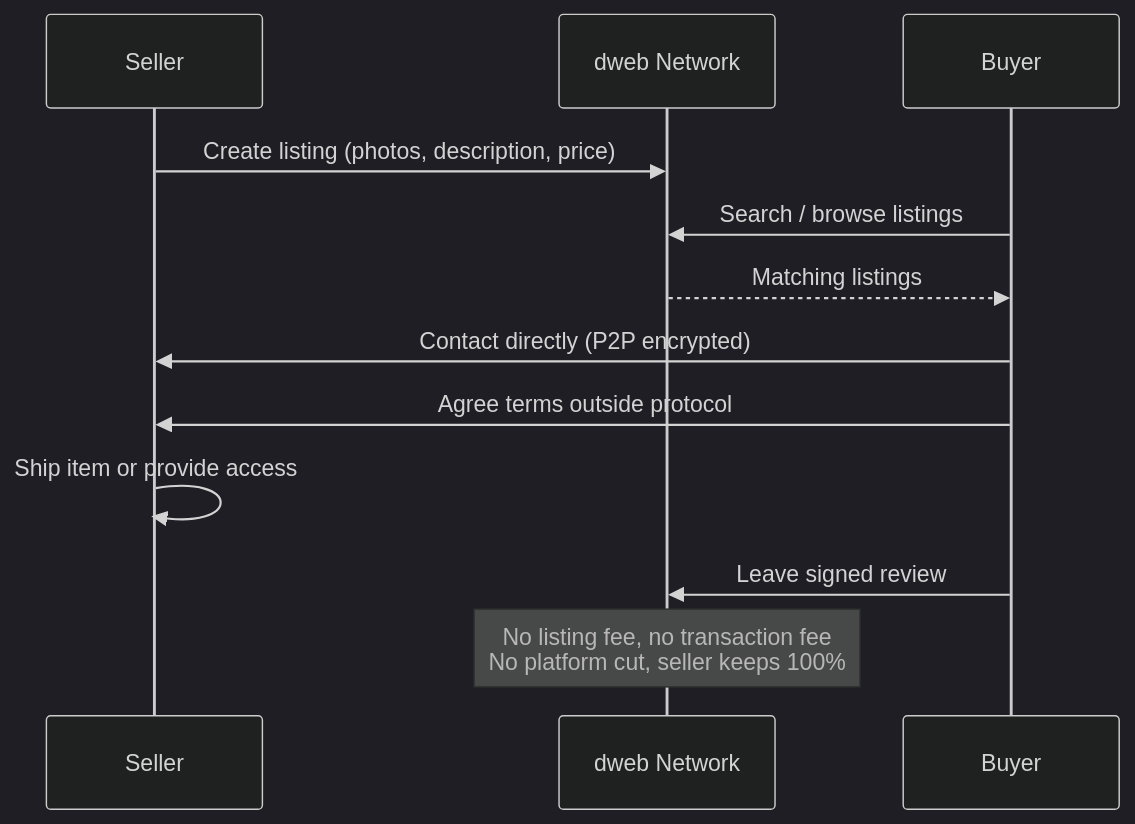
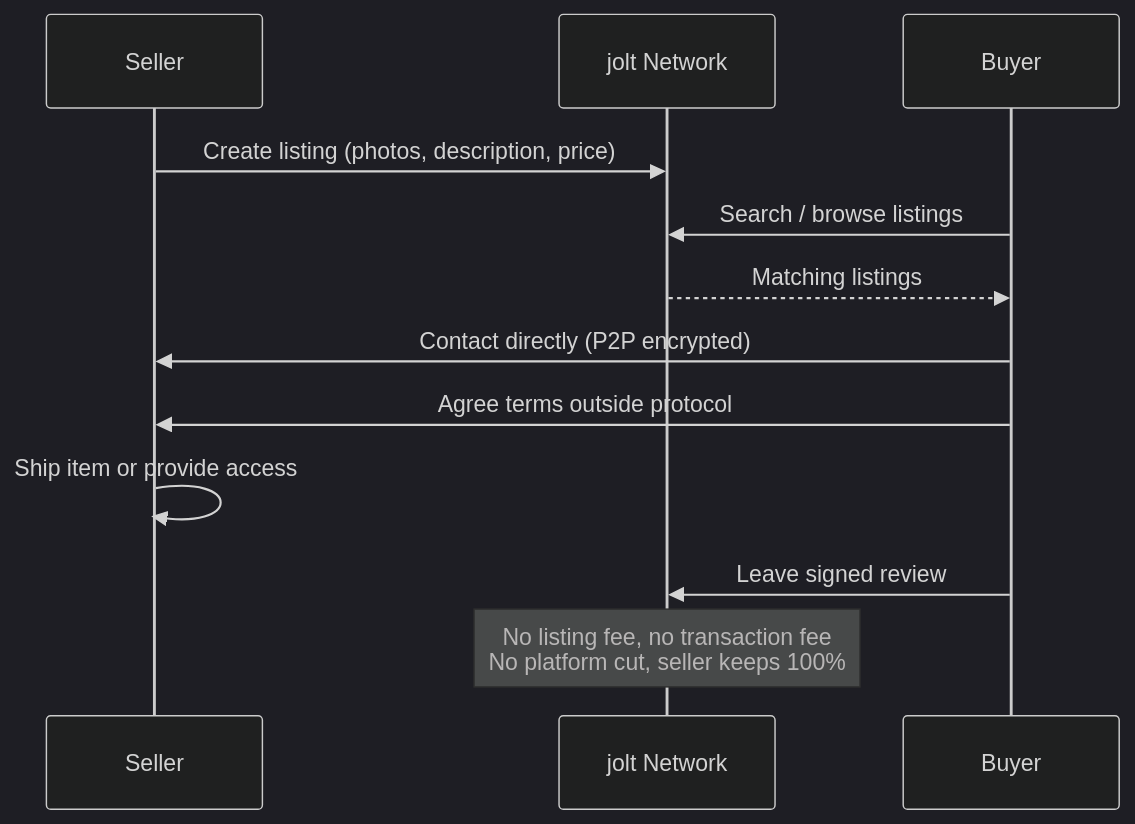
Before and after one commit to alexanderwanyoike/jolt: the sixth of 8 diagrams in docs/10-example-apps.md, drawn with Mermaid (dark theme). The commit also changed other lines of this file and 148 other files, not shown here.

Commit message:
Rename dweb to jolt and improve daemon discovery

````diff
--- a/docs/10-example-apps.md
+++ b/docs/10-example-apps.md
@@ -178,16 +178,16 @@
 ```mermaid
 sequenceDiagram
     participant Seller
-    participant Net as dweb Network
+    participant Net as jolt Network
     participant Buyer
 
     Seller->>Net: Create listing (photos, description, price)
     Buyer->>Net: Search / browse listings
     Net-->>Buyer: Matching listings
     Buyer->>Seller: Contact directly (P2P encrypted)
     Buyer->>Seller: Agree terms outside protocol
     Seller->>Seller: Ship item or provide access
     Buyer->>Net: Leave signed review
 
     Note over Net: No listing fee, no transaction fee<br/>No platform cut, seller keeps 100%
 ```
````
